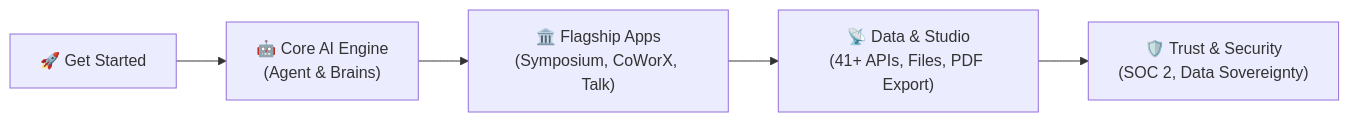
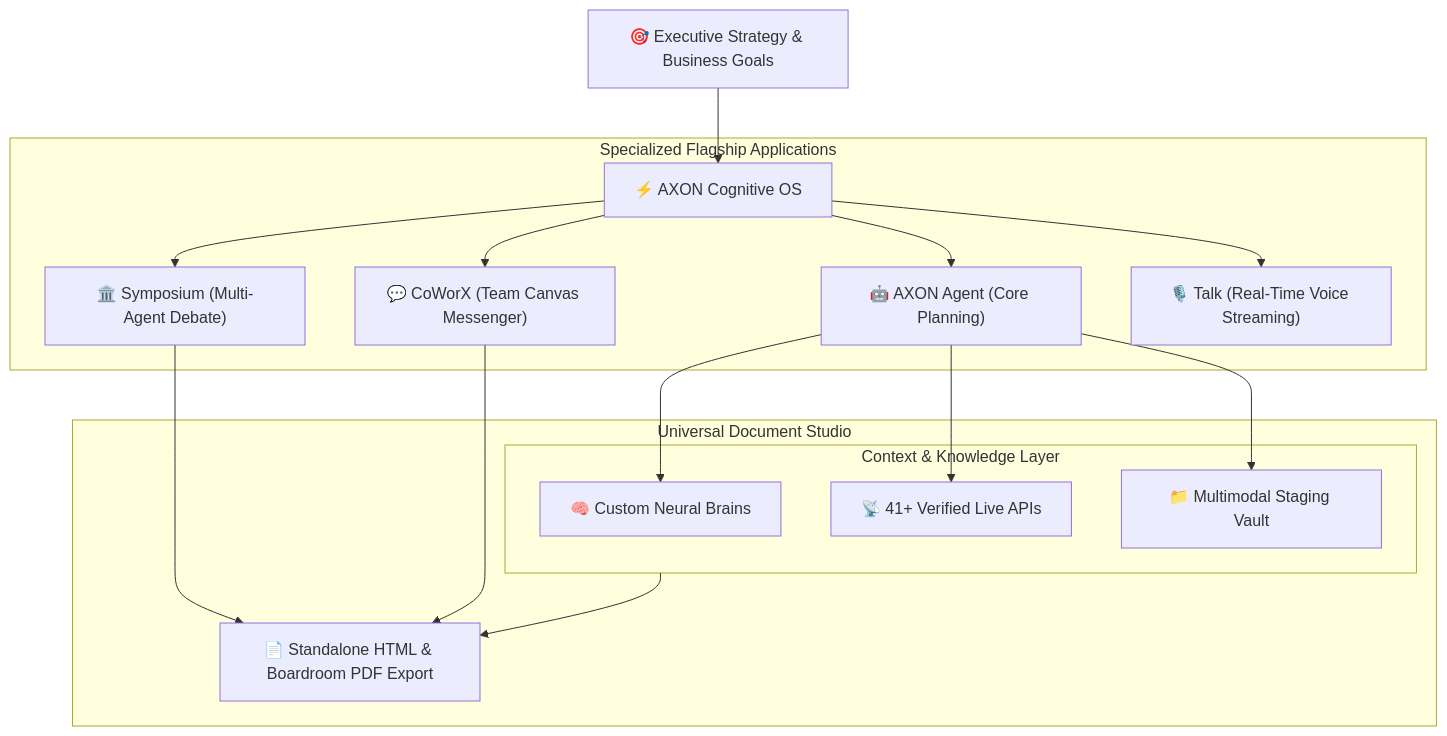
The diagram in index.mdx (gosutox/gosutox-docs), drawn with Mermaid before and after one commit. The commit also changed other lines of this file, not shown here.

Commit message:
docs(index): elevate home page to world-class enterprise benchmark standard with structured roles, tabs, and ecosystem architecture

````diff
--- a/index.mdx
+++ b/index.mdx
@@ -43,7 +59,23 @@
 ```mermaid
-flowchart LR
-    A["🚀 Get Started"] --> B["🤖 Core AI Engine<br>(Agent & Brains)"]
-    B --> C["🏛️ Flagship Apps<br>(Symposium, CoWorX, Talk)"]
-    C --> D["📡 Data & Studio<br>(41+ APIs, Files, PDF Export)"]
-    D --> E["🛡️ Trust & Security<br>(SOC 2, Data Sovereignty)"]
+flowchart TD
+    User["🎯 Executive Strategy & Business Goals"] --> Core["⚡ AXON Cognitive OS"]
+
+    subgraph Flagship_Apps ["Specialized Flagship Applications"]
+        Core --> Agent["🤖 AXON Agent (Core Planning)"]
+        Core --> Sympos["🏛️ Symposium (Multi-Agent Debate)"]
+        Core --> Coworx["💬 CoWorX (Team Canvas Messenger)"]
+        Core --> Talk["🎙️ Talk (Real-Time Voice Streaming)"]
+    end
+
+    subgraph Data_Vault ["Context & Knowledge Layer"]
+        Agent --> Brains["🧠 Custom Neural Brains"]
+        Agent --> APIs["📡 41+ Verified Live APIs"]
+        Agent --> Files["📁 Multimodal Staging Vault"]
+    end
+
+    subgraph Publishing ["Universal Document Studio"]
+        Data_Vault --> Studio["📄 Standalone HTML & Boardroom PDF Export"]
+        Sympos --> Studio
+        Coworx --> Studio
+    end
 ```
````
